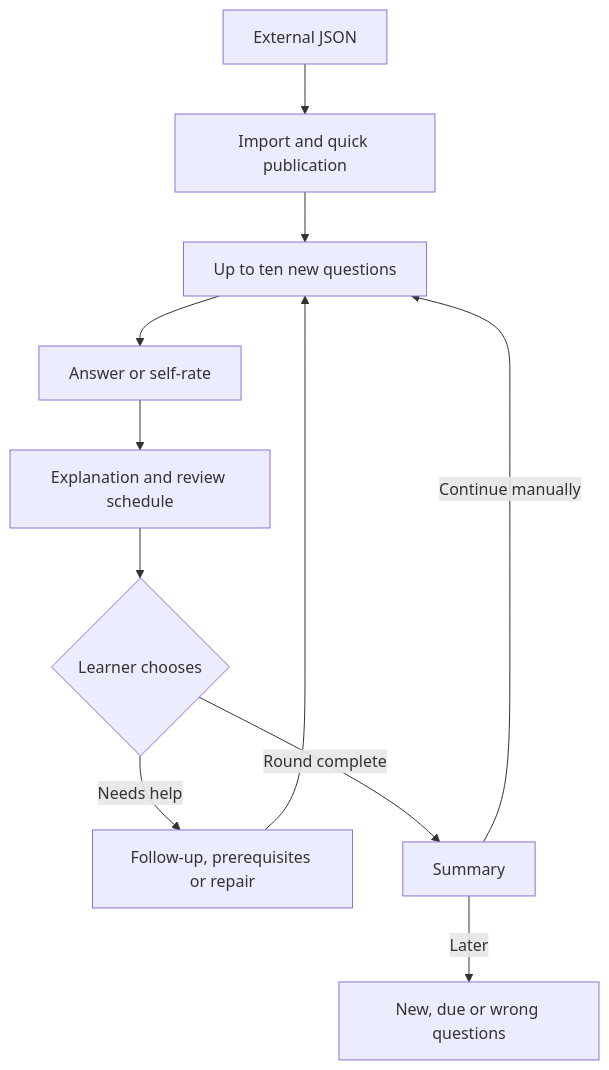
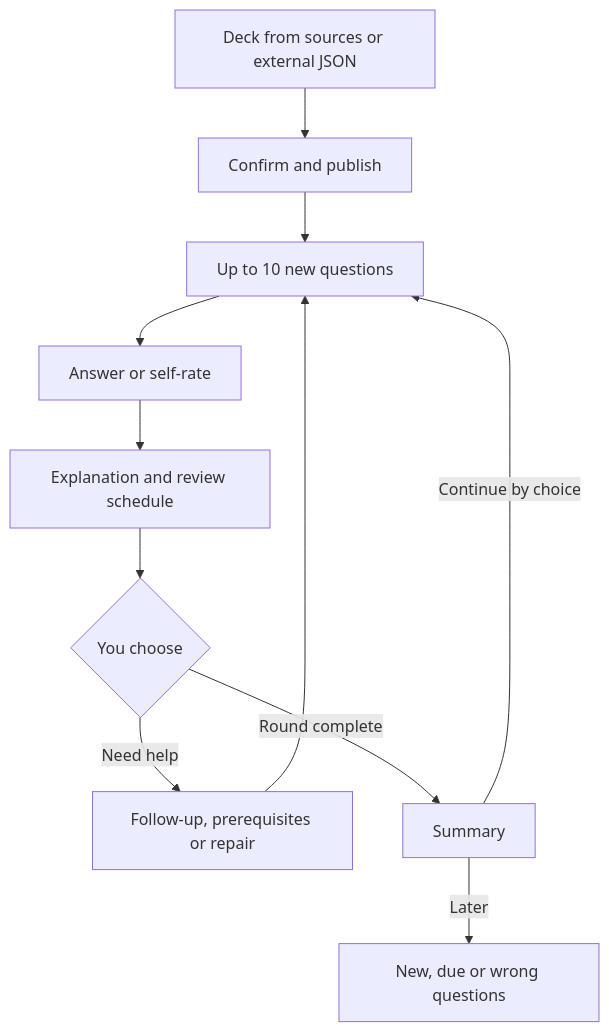
Before and after one commit to EricWang1358/dsh-web-studyhub: the diagram in docs/study-workflows.md, drawn with Mermaid. The commit also changed other lines of this file and 81 other files, not shown here.

````diff
--- a/docs/study-workflows.md
+++ b/docs/study-workflows.md
@@ -39,13 +179,13 @@
 ```mermaid
 flowchart TD
-  A[External JSON] --> B[Import and quick publication]
-  B --> C[Up to ten new questions]
+  A[Deck from sources or external JSON] --> B[Confirm and publish]
+  B --> C[Up to 10 new questions]
   C --> D[Answer or self-rate]
   D --> E[Explanation and review schedule]
-  E --> F{Learner chooses}
-  F -->|Needs help| G[Follow-up, prerequisites or repair]
+  E --> F{You choose}
+  F -->|Need help| G[Follow-up, prerequisites or repair]
   G --> C
   F -->|Round complete| H[Summary]
-  H -->|Continue manually| C
+  H -->|Continue by choice| C
   H -->|Later| I[New, due or wrong questions]
 ```
````
